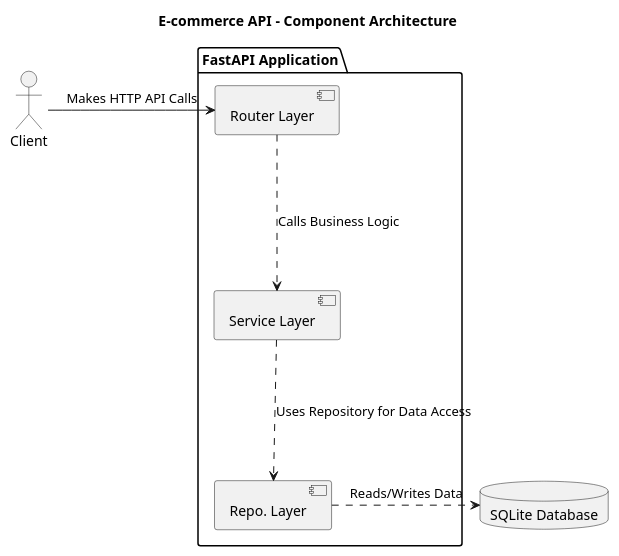
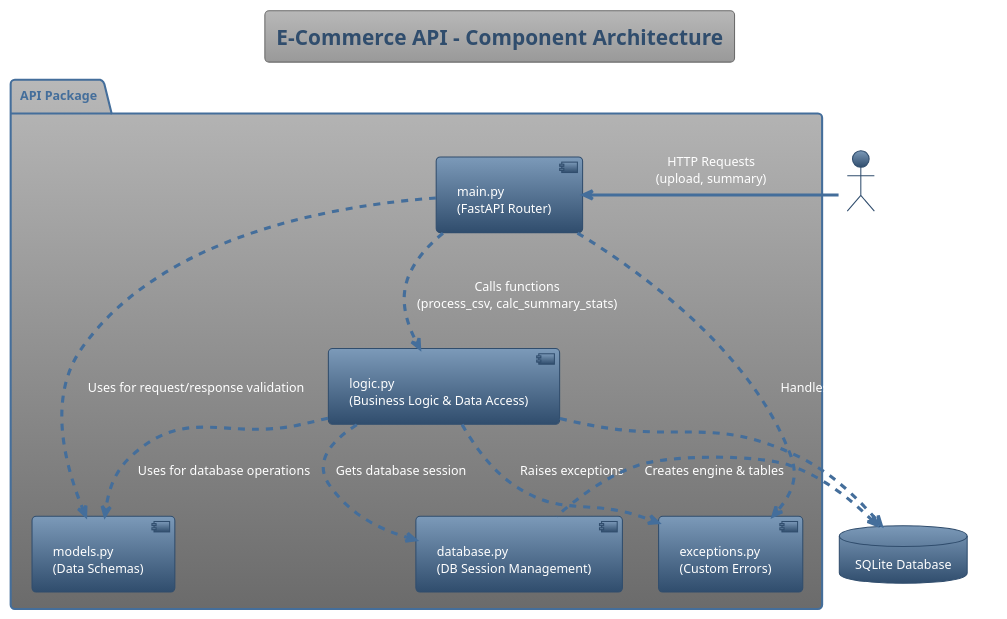
The diagram in diagrams/project_diagram.puml (MirjalilovS/ClientAPI), drawn with PlantUML before and after one commit. The commit also changed 6 other files, not shown here.

Commit message:
Changed diagrams to match current architecture and added more details to the README. Still not completed yet.

```diff
--- a/diagrams/project_diagram.puml
+++ b/diagrams/project_diagram.puml
@@ -1,20 +1,31 @@
-@startuml ComponentDiagram
+@startuml ProjectDiagram
+!theme spacelab
 
-title E-commerce API - Component Architecture
+title E-Commerce API - Component Architecture
 
-actor Client
+actor Client as client
 
-package "FastAPI Application" {
-  component [Router Layer] as Router
-  component [Service Layer] as Service
-  component [Repo. Layer] as Repo
+package "API Package" {
+  component "main.py\n(FastAPI Router)" as main
+  component "logic.py\n(Business Logic & Data Access)" as logic
+  component "models.py\n(Data Schemas)" as models
+  component "database.py\n(DB Session Management)" as database
+  component "exceptions.py\n(Custom Errors)" as exceptions
 }
 
-database "SQLite Database" as DB
+database "SQLite Database" as db
 
-Client -right-> Router : Makes HTTP API Calls
-Router ..down.> Service : Calls Business Logic
-Service ..down.> Repo : Uses Repository for Data Access
-Repo .right.> DB : Reads/Writes Data
+client -right-> main : HTTP Requests\n(upload, summary)
+
+main ..> logic : Calls functions\n(process_csv, calc_summary_stats)
+main ..> models : Uses for request/response validation
+main ..> exceptions : Handles specific exceptions
+
+logic ..> models : Uses for database operations
+logic ..> database : Gets database session
+logic ..> exceptions : Raises exceptions
+logic .right.> db : Executes queries via ORM
+
+database -left.> db : Creates engine & tables
 
 @enduml
```
